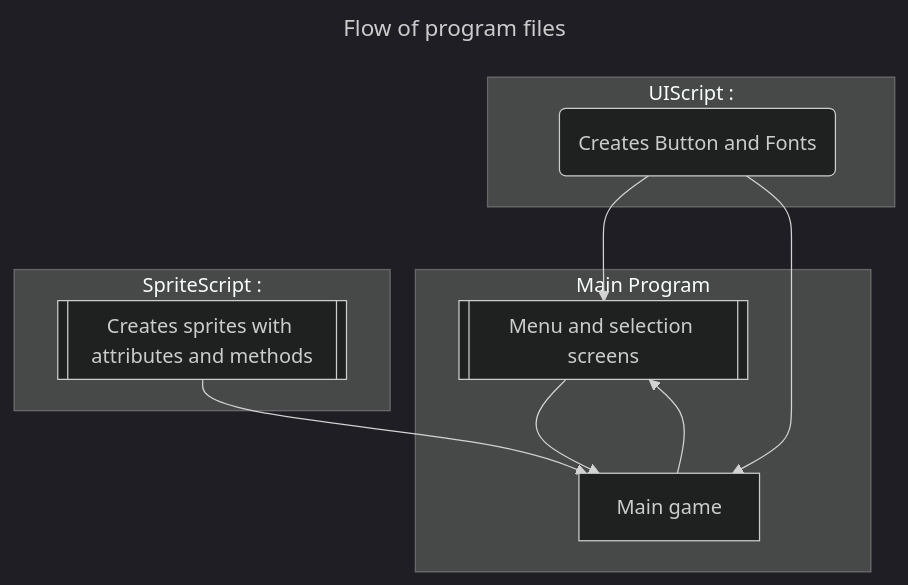
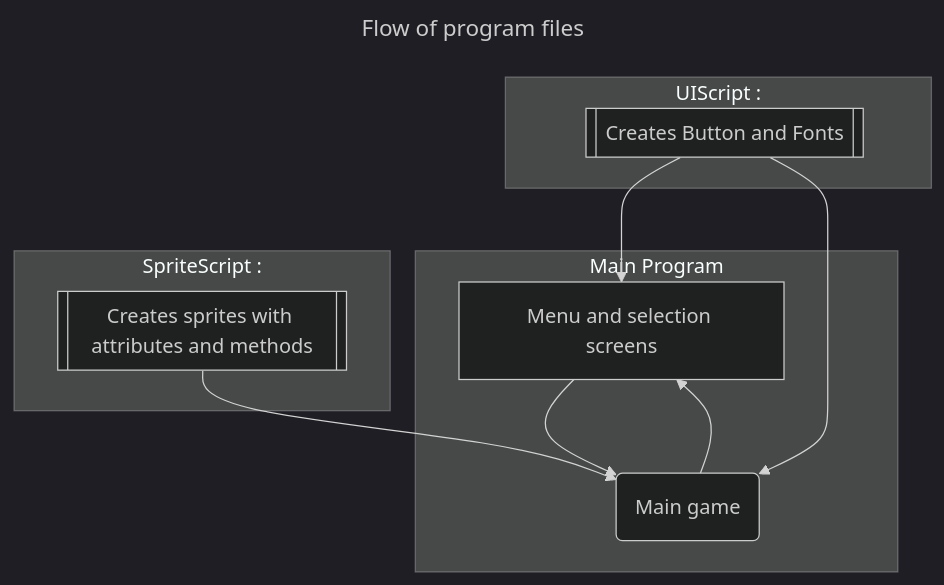
The first of 2 diagrams in readme.md (reeseH146/Fighting-game), drawn with Mermaid (dark theme) before and after one commit.

Commit message:
Edited the wrong 1

````diff
--- a/readme.md
+++ b/readme.md
@@ -40,28 +40,28 @@
 ```mermaid
 ---
 title : Flow of program files
 ---
 graph TD;
     %% Each main element of the program
-    MenuScript[["Menu and selection screens"]]
-    UIScript("Creates Button and Fonts")
-    GameScript["Main game"]
+    MenuScript["Menu and selection screens"]
+    UIScript[["Creates Button and Fonts"]]
+    GameScript("Main game")
     SpriteScript[["Creates sprites with attributes and methods"]]
 
     %% Groups different parts of the program together
     subgraph "Main Program"
         MenuScript
         GameScript
         end
     subgraph "UIScript : "
         UIScript
         end
     subgraph "SpriteScript :"
         SpriteScript
         end
     
     %% I cannot figure out how to reorganise this diagram to be more accurate but this shall suffice
     MenuScript --> GameScript --> MenuScript
     UIScript --> MenuScript & GameScript
     SpriteScript --> GameScript
 ```
````
